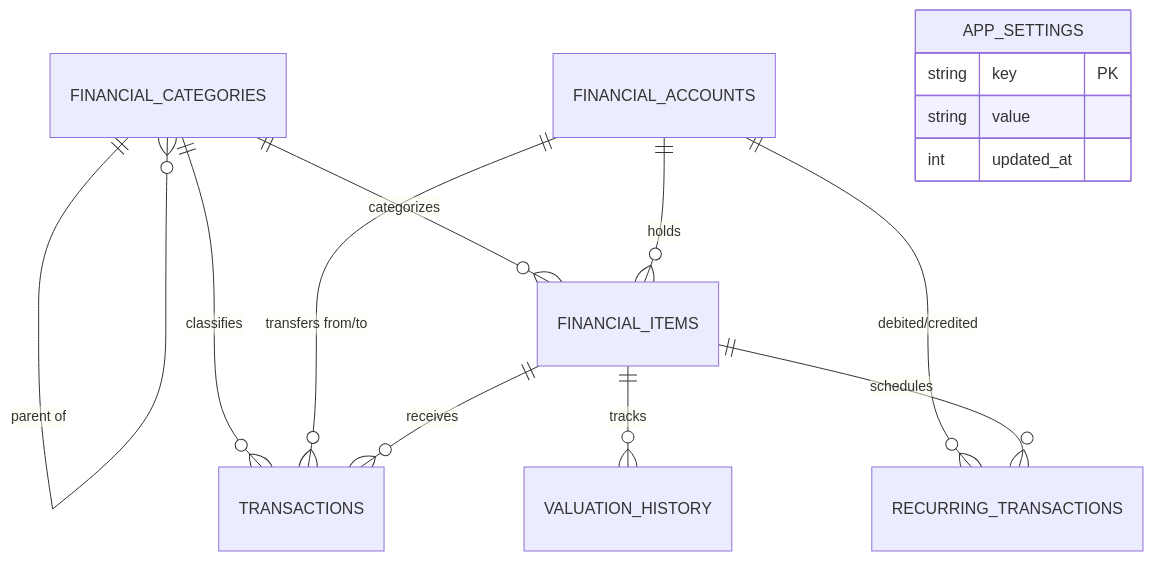
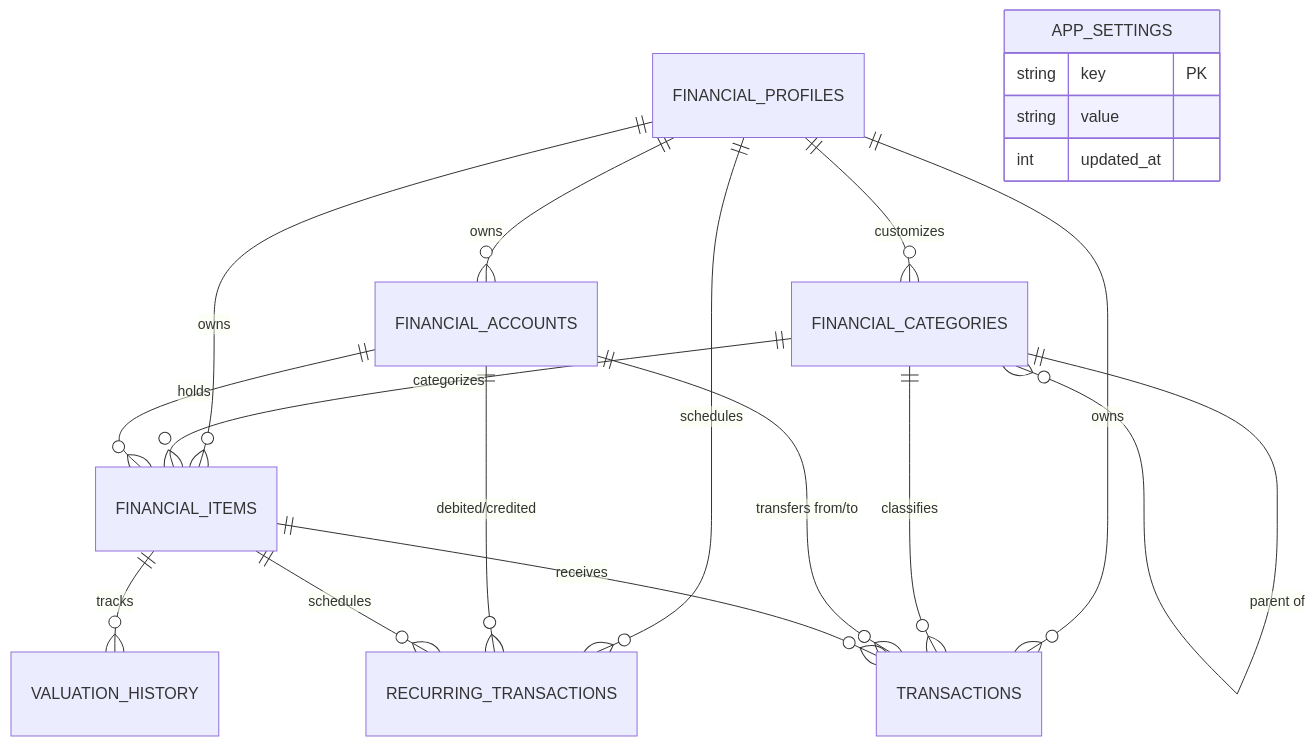
Before and after one commit to AmruthLP12/fin-balance: the diagram in docs/essential-architecture.md, drawn with Mermaid. The commit also changed other lines of this file and 22 other files, not shown here.

````diff
--- a/docs/essential-architecture.md
+++ b/docs/essential-architecture.md
@@ -32,17 +32,22 @@
 ```mermaid
 erDiagram
+    FINANCIAL_PROFILES ||--o{ FINANCIAL_ACCOUNTS : "owns"
+    FINANCIAL_PROFILES ||--o{ FINANCIAL_ITEMS : "owns"
+    FINANCIAL_PROFILES ||--o{ TRANSACTIONS : "owns"
+    FINANCIAL_PROFILES ||--o{ RECURRING_TRANSACTIONS : "schedules"
+    FINANCIAL_PROFILES ||--o{ FINANCIAL_CATEGORIES : "customizes"
     FINANCIAL_CATEGORIES ||--o{ FINANCIAL_CATEGORIES : "parent of"
     FINANCIAL_CATEGORIES ||--o{ FINANCIAL_ITEMS : "categorizes"
     FINANCIAL_CATEGORIES ||--o{ TRANSACTIONS : "classifies"
     FINANCIAL_ACCOUNTS ||--o{ FINANCIAL_ITEMS : "holds"
     FINANCIAL_ACCOUNTS ||--o{ TRANSACTIONS : "transfers from/to"
     FINANCIAL_ACCOUNTS ||--o{ RECURRING_TRANSACTIONS : "debited/credited"
     FINANCIAL_ITEMS ||--o{ TRANSACTIONS : "receives"
     FINANCIAL_ITEMS ||--o{ VALUATION_HISTORY : "tracks"
     FINANCIAL_ITEMS ||--o{ RECURRING_TRANSACTIONS : "schedules"
     APP_SETTINGS {
         string key PK
         string value
         int updated_at
     }
 ```
````
